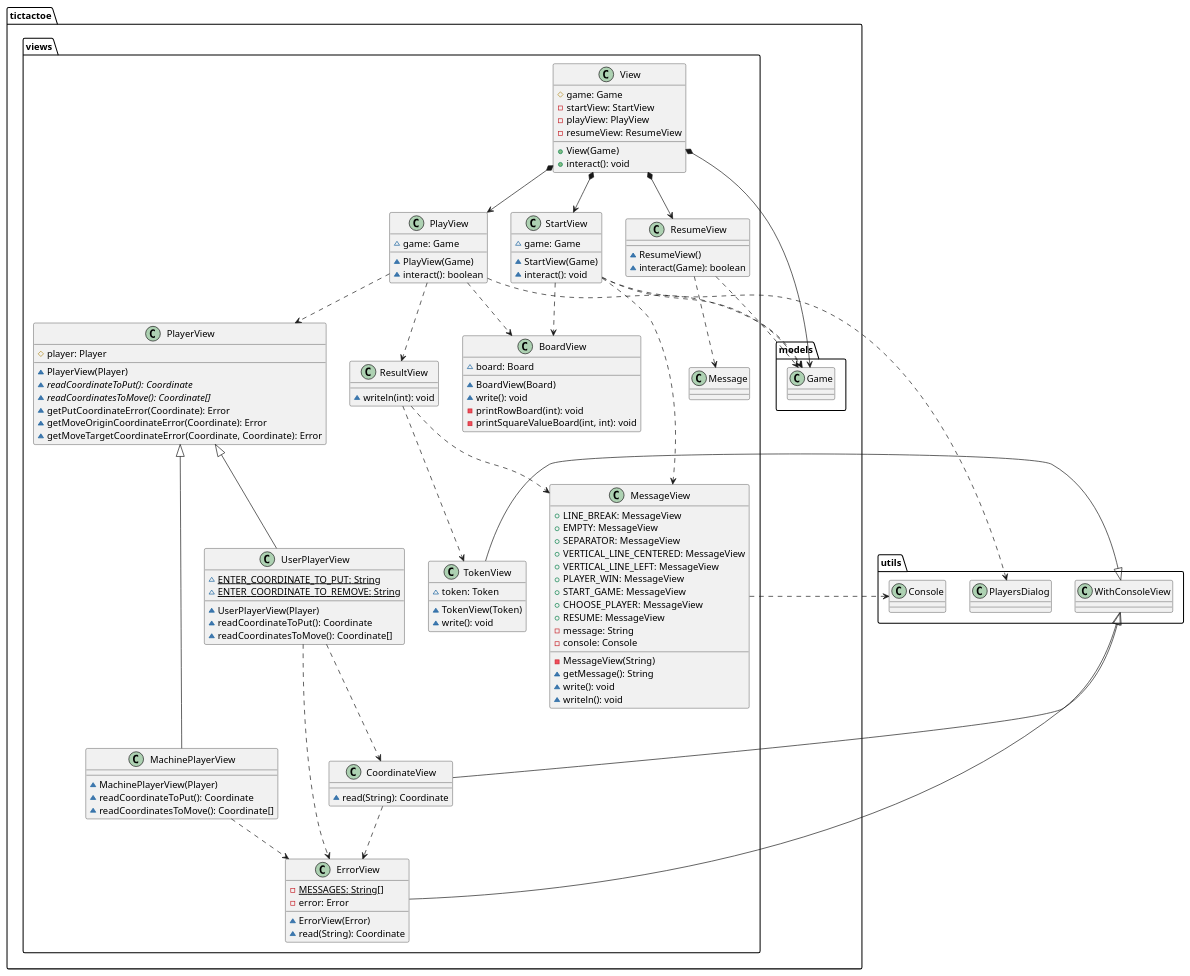
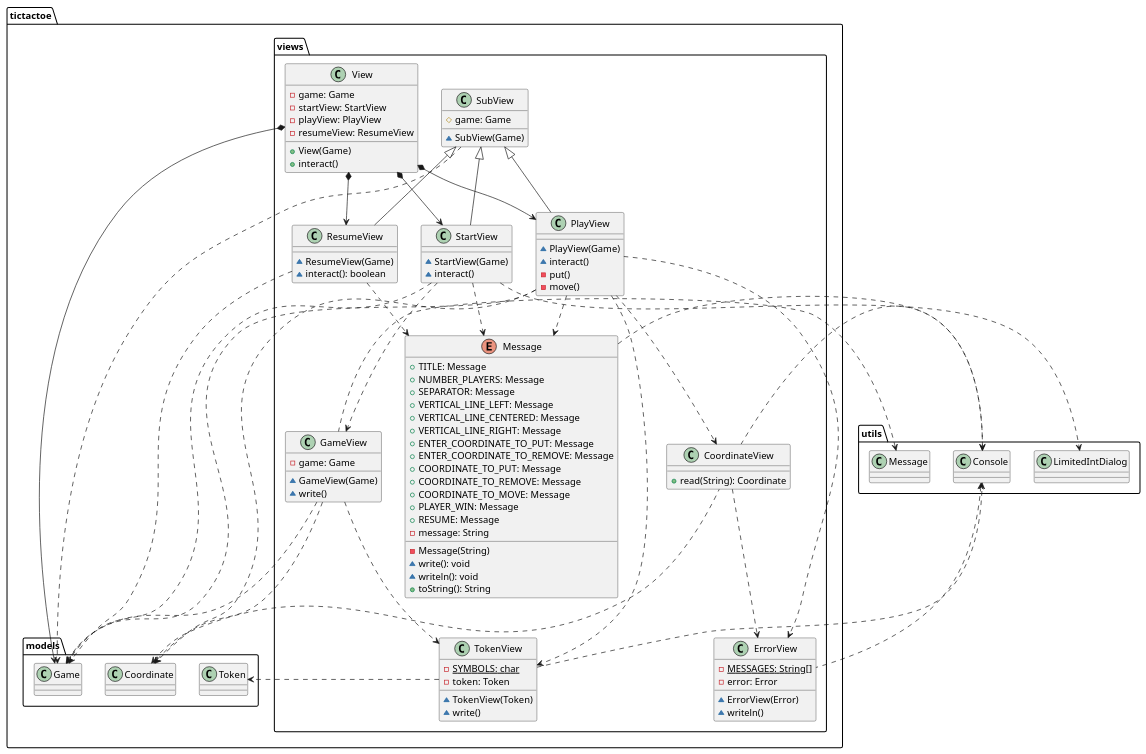
Before and after one commit to Jolucaa/USantaTecla-project-ticTacToe: the second of 4 diagrams in documentView/console/docs/diagrams/src/paquetes.plantuml, drawn with PlantUML. The commit also changed other lines of this file and 18 other files, not shown here.

Commit message:
Actualizada versión documentView-console

```diff
--- a/documentView/console/docs/diagrams/src/paquetes.plantuml
+++ b/documentView/console/docs/diagrams/src/paquetes.plantuml
@@ -13,124 +13,110 @@
 @startuml tictactoe.views
-class  tictactoe.views.BoardView{
-~ board: Board
-~ BoardView(Board)
-~ write(): void
-- printRowBoard(int): void
-- printSquareValueBoard(int, int): void
+class  tictactoe.views.CoordinateView{
++ read(String): Coordinate
 }
-
-class  tictactoe.views.CoordinateView{
-~ read(String): Coordinate
-}
-utils.WithConsoleView <|-down- tictactoe.views.CoordinateView
+utils.Console <..-down- tictactoe.views.CoordinateView
+tictactoe.models.Coordinate <..-down- tictactoe.views.CoordinateView
 tictactoe.views.CoordinateView ..> tictactoe.views.ErrorView
 
 class  tictactoe.views.ErrorView{
 - {static} MESSAGES: String[]
 - error: Error
 ~ ErrorView(Error)
-~ read(String): Coordinate
+~ writeln()
 }
-utils.WithConsoleView <|-down- tictactoe.views.ErrorView
+utils.Console <..-down- tictactoe.views.ErrorView
 
-class  tictactoe.views.MachinePlayerView{
-~ MachinePlayerView(Player)
-~ readCoordinateToPut(): Coordinate
-~ readCoordinatesToMove(): Coordinate[]
+class  tictactoe.views.GameView{
+- game: Game
+~ GameView(Game)
+~ write()
 }
-tictactoe.views.PlayerView <|-down- tictactoe.views.MachinePlayerView
-tictactoe.views.MachinePlayerView ..> tictactoe.views.ErrorView
+utils.Message <..-down- tictactoe.views.GameView
+tictactoe.views.GameView ..> tictactoe.models.Game
+tictactoe.views.GameView ..> tictactoe.models.Coordinate
+tictactoe.views.GameView ..> tictactoe.views.TokenView
 
-class  tictactoe.views.MessageView{
-+ LINE_BREAK: MessageView
-+ EMPTY: MessageView 
-+ SEPARATOR: MessageView
-+ VERTICAL_LINE_CENTERED: MessageView
-+ VERTICAL_LINE_LEFT: MessageView
-+	PLAYER_WIN: MessageView
-+	START_GAME: MessageView
-+	CHOOSE_PLAYER: MessageView
-+ RESUME: MessageView
+enum  tictactoe.views.Message{
++ TITLE: Message
++ NUMBER_PLAYERS: Message 
++ SEPARATOR: Message
++ VERTICAL_LINE_LEFT: Message
++ VERTICAL_LINE_CENTERED: Message
++ VERTICAL_LINE_RIGHT: Message
++ ENTER_COORDINATE_TO_PUT: Message
++ ENTER_COORDINATE_TO_REMOVE: Message
++ COORDINATE_TO_PUT: Message
++ COORDINATE_TO_REMOVE: Message
++ COORDINATE_TO_MOVE: Message
++	PLAYER_WIN: Message
++ RESUME: Message
 - message: String
-- console: Console
-- MessageView(String)
-~ getMessage(): String
+- Message(String)
 ~ write(): void
 ~ writeln(): void
++ toString(): String
 }
-tictactoe.views.MessageView ..> utils.Console
-
-class  tictactoe.views.PlayerView{
-# player: Player
-~ PlayerView(Player)
-~ {abstract} readCoordinateToPut(): Coordinate
-~ {abstract} readCoordinatesToMove(): Coordinate[]
-~ getPutCoordinateError(Coordinate): Error
-~ getMoveOriginCoordinateError(Coordinate): Error
-~ getMoveTargetCoordinateError(Coordinate, Coordinate): Error
-}
+tictactoe.views.Message ..> utils.Console
 
 class  tictactoe.views.PlayView{
-~ game: Game
 ~ PlayView(Game)
-~ interact(): boolean
+~ interact()
+- put()
+- move()
 }
+tictactoe.views.SubView <|-down- tictactoe.views.PlayView
 tictactoe.views.PlayView ..> tictactoe.models.Game
-tictactoe.views.PlayView ..> tictactoe.views.PlayerView
-tictactoe.views.PlayView ..> tictactoe.views.ResultView
-tictactoe.views.PlayView ..> tictactoe.views.BoardView
-
-class tictactoe.views.ResultView{
-~ writeln(int): void
-}
-tictactoe.views.ResultView ..> tictactoe.views.TokenView
-tictactoe.views.ResultView ..> tictactoe.views.MessageView
+tictactoe.views.PlayView ..> tictactoe.views.TokenView
+tictactoe.views.PlayView ..> tictactoe.views.Message
+tictactoe.views.PlayView ..> tictactoe.models.Coordinate
+tictactoe.views.PlayView ..> tictactoe.views.CoordinateView
+tictactoe.views.PlayView ..> tictactoe.views.ErrorView
 
 class  tictactoe.views.ResumeView{
-~ ResumeView()
-~ interact(Game): boolean
+~ ResumeView(Game)
+~ interact(): boolean
+
 }
+tictactoe.views.SubView <|-down- tictactoe.views.ResumeView
 tictactoe.views.ResumeView ..> tictactoe.models.Game
 tictactoe.views.ResumeView ..> tictactoe.views.Message
 
 class tictactoe.views.StartView{
-~ game: Game
 ~ StartView(Game)
-~ interact(): void
+~ interact()
 }
+tictactoe.views.SubView <|-down- tictactoe.views.StartView
 tictactoe.views.StartView ..> tictactoe.models.Game
-tictactoe.views.StartView ..> utils.PlayersDialog
-tictactoe.views.StartView ..> tictactoe.views.BoardView
-tictactoe.views.StartView ..> tictactoe.views.MessageView
+tictactoe.views.StartView ..> tictactoe.views.GameView
+tictactoe.views.StartView ..> utils.LimitedIntDialog
+tictactoe.views.StartView ..> tictactoe.views.Message
+
+class tictactoe.views.SubView{
+# game: Game
+~ SubView(Game)
+}
+
+tictactoe.views.SubView ..> tictactoe.models.Game
 
 class tictactoe.views.TokenView{
-~ token: Token
+- {static} SYMBOLS: char
+- token: Token
 ~ TokenView(Token)
-~ write(): void
+~ write()
 }
-utils.WithConsoleView <|-down- tictactoe.views.TokenView
-
-class  tictactoe.views.UserPlayerView{
-~ {static} ENTER_COORDINATE_TO_PUT: String
-~ {static} ENTER_COORDINATE_TO_REMOVE: String
-~ UserPlayerView(Player)
-~ readCoordinateToPut(): Coordinate
-~ readCoordinatesToMove(): Coordinate[]
-}
-tictactoe.views.PlayerView <|-down- tictactoe.views.UserPlayerView
-tictactoe.views.UserPlayerView ..> tictactoe.views.CoordinateView
-tictactoe.views.UserPlayerView ..> tictactoe.views.ErrorView
+tictactoe.views.TokenView ..> tictactoe.models.Token
+tictactoe.views.TokenView ..> utils.Console
 
 class  tictactoe.views.View{
-# game: Game
+- game: Game
 - startView: StartView
 - playView: PlayView
 - resumeView: ResumeView
 + View(Game)
-+ interact(): void
++ interact()
 }
 tictactoe.views.View *-down-> tictactoe.models.Game
 tictactoe.views.View *-down-> tictactoe.views.StartView
 tictactoe.views.View *-down-> tictactoe.views.PlayView
 tictactoe.views.View *-down-> tictactoe.views.ResumeView
 @enduml
```
